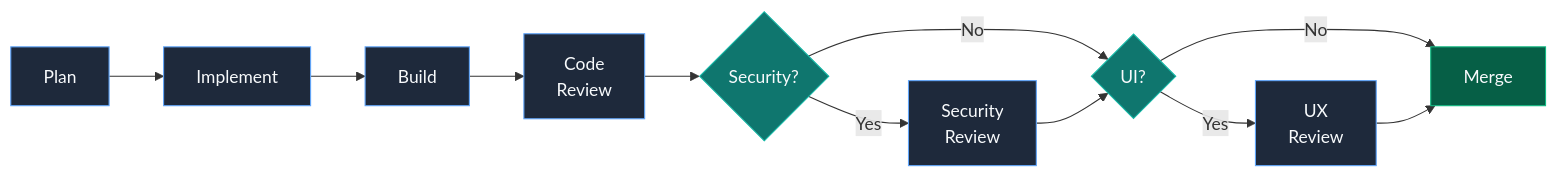
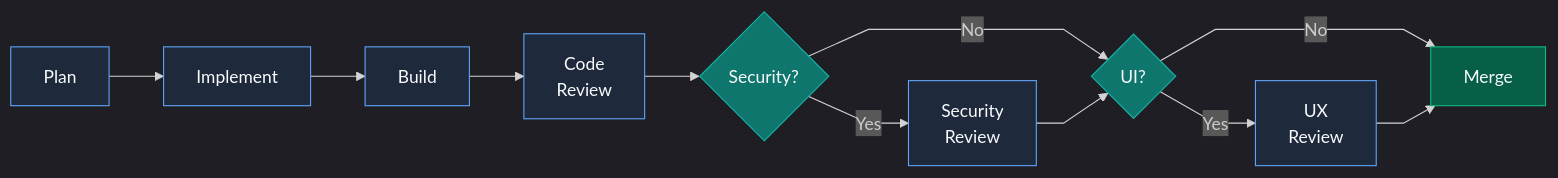
Before and after one commit to wmorgan69/light-controller-simulator: the diagram in README.md, drawn with Mermaid.

Commit message:
Make diagram bigger with larger font and linear curves
Added Mermaid init config:
- fontSize: 16px for larger labels
- curve: 'linear' for cleaner connections
- Maintains two-line layout while increasing readability

````diff
--- a/README.md
+++ b/README.md
@@ -9,19 +9,20 @@
 ```mermaid
+%%{init: {'flowchart': {'curve': 'linear'}, 'theme': 'dark', 'themeVariables': {'primaryColor':'#1E293B', 'primaryBorderColor':'#60A5FA', 'fontSize':'16px'}}}%%
 flowchart LR
   A["Plan"] --> B["Implement"] --> C["Build"] --> D["Code<br/>Review"]
   D --> E{"Security?"}
   E -->|Yes| F["Security<br/>Review"]
   E -->|No| G{"UI?"}
   F --> G
   G -->|Yes| H["UX<br/>Review"]
   G -->|No| I["Merge"]
   H --> I
   
   classDef stage fill:#1E293B,stroke:#60A5FA,color:#F8FAFC;
   classDef decision fill:#0F766E,stroke:#14B8A6,color:#F8FAFC;
   classDef outcome fill:#065F46,stroke:#10B981,color:#F8FAFC;
   
   class A,B,C,D,F,H stage;
   class E,G decision;
   class I outcome;
 ```
````
